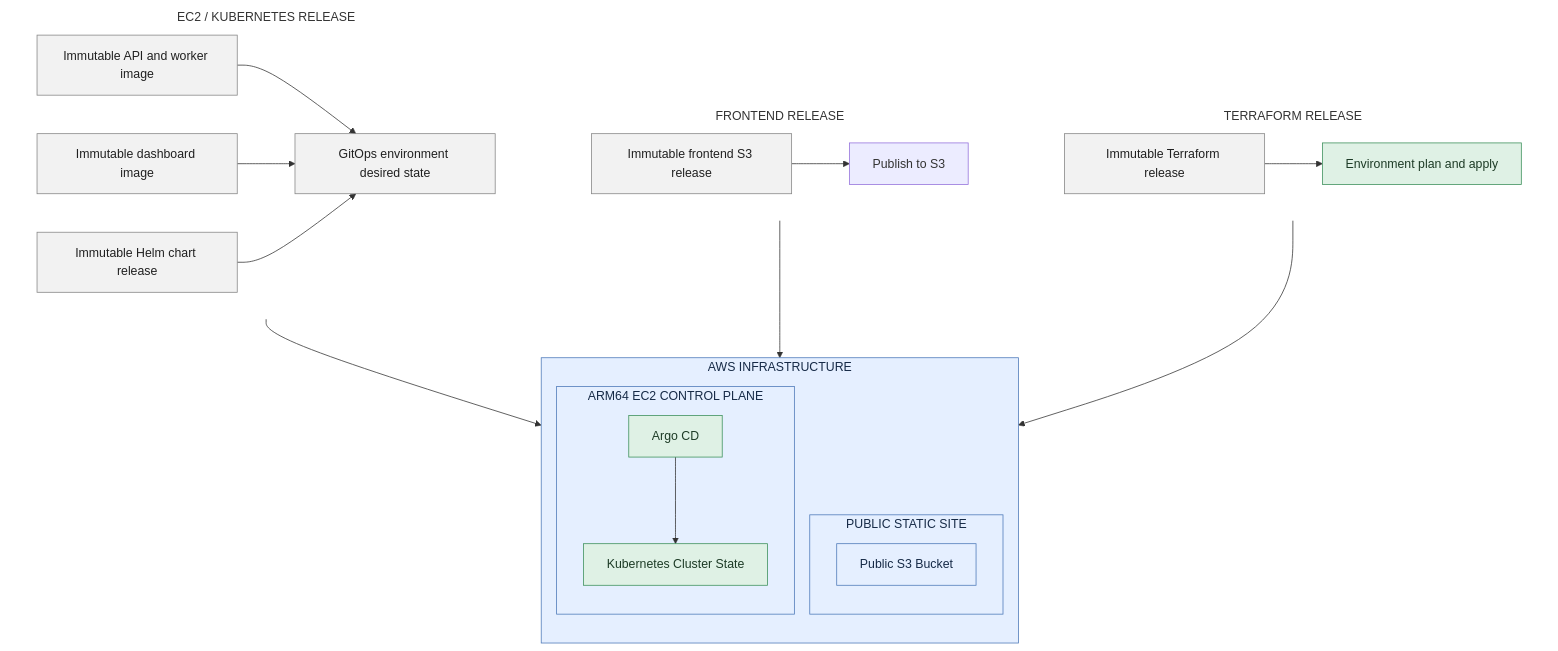
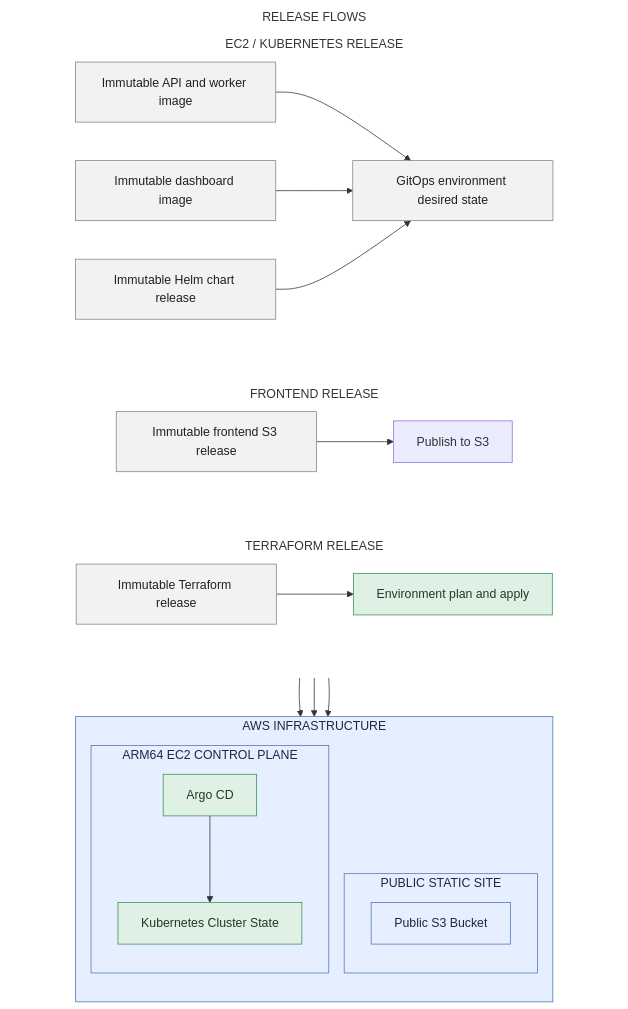
Before and after one commit to winrates-gg/wrgg-public-documentation: the third of 3 diagrams in docs/ci-cd.md, drawn with Mermaid.

Commit message:
Testing the rendering order of the CD diagram elments

````diff
--- a/docs/ci-cd.md
+++ b/docs/ci-cd.md
@@ -102,52 +102,57 @@
 ```mermaid
 flowchart TB
-    subgraph TerraformLane["TERRAFORM RELEASE"]
+    subgraph ReleaseFlows["RELEASE FLOWS"]
         direction LR
-        TerraformArtifact["Immutable Terraform release"] --> TerraformApply["Environment plan and apply"]
-    end
 
-    subgraph FrontendLane["FRONTEND RELEASE"]
-        direction LR
-        FrontendArtifact["Immutable frontend S3 release"] --> FrontendPublish["Publish to S3"]
-    end
+        subgraph TerraformLane["TERRAFORM RELEASE"]
+            direction LR
+            TerraformArtifact["Immutable Terraform release"] --> TerraformApply["Environment plan and apply"]
+        end
 
-    subgraph RuntimeLane["EC2 / KUBERNETES RELEASE"]
-        direction LR
-        BackendArtifact["Immutable API and worker image"] --> Desired["GitOps environment desired state"]
-        DashboardArtifact["Immutable dashboard image"] --> Desired
-        ChartArtifact["Immutable Helm chart release"] --> Desired
+        subgraph FrontendLane["FRONTEND RELEASE"]
+            direction LR
+            FrontendArtifact["Immutable frontend S3 release"] --> FrontendPublish["Publish to S3"]
+        end
+
+        subgraph RuntimeLane["EC2 / KUBERNETES RELEASE"]
+            direction LR
+            BackendArtifact["Immutable API and worker image"] --> Desired["GitOps environment desired state"]
+            DashboardArtifact["Immutable dashboard image"] --> Desired
+            ChartArtifact["Immutable Helm chart release"] --> Desired
+        end
     end
 
     subgraph AWSInfra["AWS INFRASTRUCTURE"]
         direction TB
 
         subgraph PublicSite["PUBLIC STATIC SITE"]
             SiteBucket["Public S3 Bucket"]
         end
 
         subgraph ControlPlane["ARM64 EC2 CONTROL PLANE"]
             Argo["Argo CD"] --> Runtime["Kubernetes Cluster State"]
         end
     end
 
     TerraformApply --> AWSInfra
     FrontendPublish --> SiteBucket
     Desired --> Argo
 
     classDef release fill:#f2f2f2,stroke:#858585,color:#202020
     classDef delivery fill:#dff1e5,stroke:#3b8f5a,color:#1d3b26
     classDef aws fill:#e5efff,stroke:#4c78b8,color:#162a47
     classDef neutral fill:#f2f2f2,stroke:#858585,color:#202020
 
     class TerraformArtifact,FrontendArtifact,BackendArtifact,DashboardArtifact,ChartArtifact release
     class TerraformApply delivery
     class SiteBucket,ControlPlane aws
     class Argo,Runtime delivery
     class Desired neutral
+    style ReleaseFlows fill:none,stroke:none
     style TerraformLane fill:none,stroke:none
     style FrontendLane fill:none,stroke:none
     style RuntimeLane fill:none,stroke:none
     style AWSInfra fill:#e5efff,stroke:#4c78b8,color:#162a47
     style PublicSite fill:#e5efff,stroke:#4c78b8,color:#162a47
     style ControlPlane fill:#e5efff,stroke:#4c78b8,color:#162a47
 ```
````
